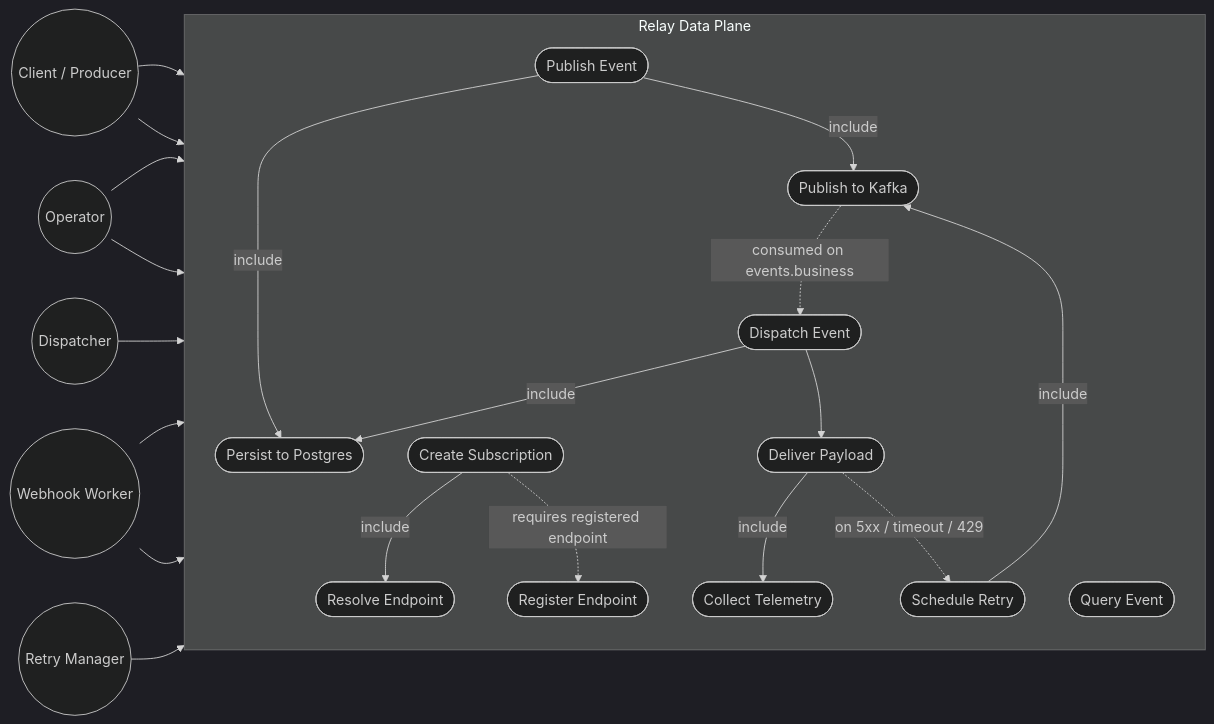
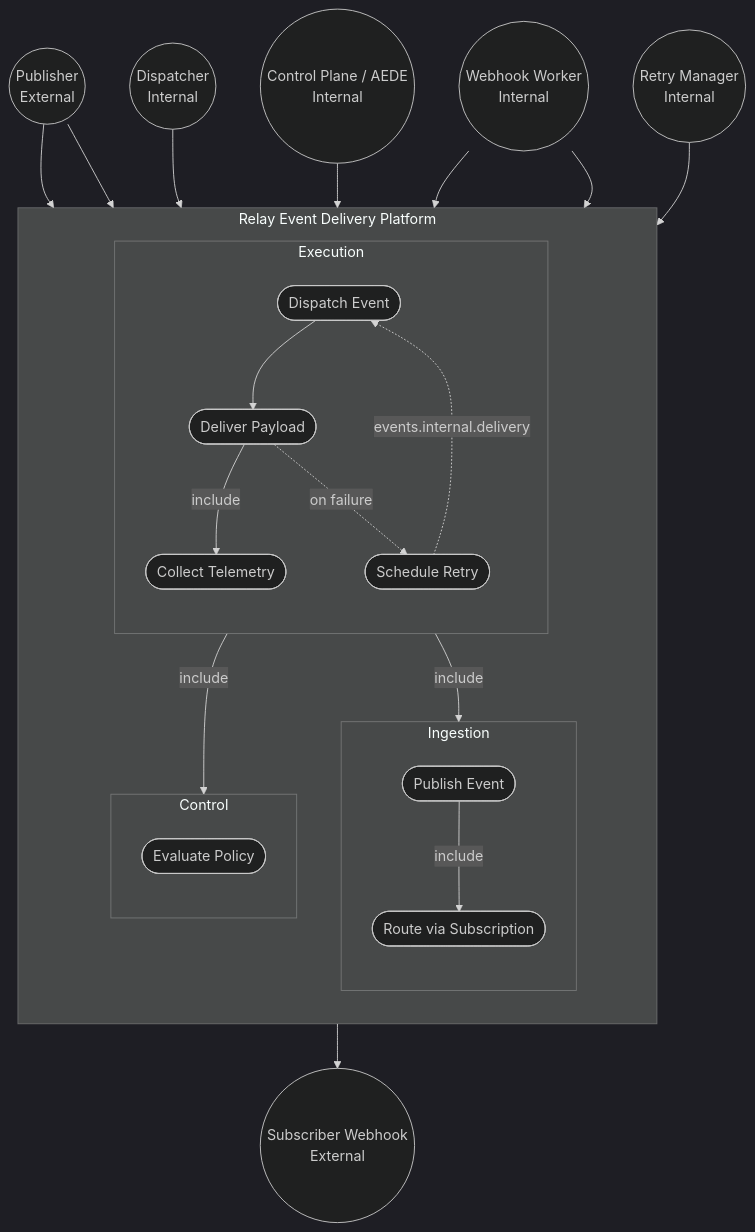
The diagram in docs/Diagrams/use-case-diagram.md (RelayForged/relayforge), drawn with Mermaid (dark theme) before and after one commit. The commit also changed other lines of this file and 3 other files, not shown here.

First line of the commit message:
docs: redesign Weeks 1-4 Data Plane UML diagrams

````diff
--- a/docs/Diagrams/use-case-diagram.md
+++ b/docs/Diagrams/use-case-diagram.md
@@ -11,43 +5,49 @@
 ```mermaid
-flowchart LR
-    Client((Client / Producer))
-    Operator((Operator))
-    Dispatcher((Dispatcher))
-    Worker((Webhook Worker))
-    RetryMgr((Retry Manager))
+flowchart TB
+    Pub((Publisher\nExternal))
+    Hook((Subscriber Webhook\nExternal))
+    AEDE((Control Plane / AEDE\nInternal))
+    Disp((Dispatcher\nInternal))
+    Work((Webhook Worker\nInternal))
+    Retry((Retry Manager\nInternal))
 
-    subgraph Relay["Relay Data Plane"]
+    subgraph Relay["Relay Event Delivery Platform"]
         direction TB
-        Publish([Publish Event])
-        Query([Query Event])
-        RegisterEP([Register Endpoint])
-        CreateSub([Create Subscription])
-        Persist([Persist to Postgres])
-        ToKafka([Publish to Kafka])
-        ResolveEP([Resolve Endpoint])
-        Dispatch([Dispatch Event])
-        Deliver([Deliver Payload])
-        CollectTel([Collect Telemetry])
-        ScheduleRetry([Schedule Retry])
+
+        subgraph Ingestion["Ingestion"]
+            direction TB
+            Publish([Publish Event])
+            Route([Route via Subscription])
+        end
+
+        subgraph Control["Control"]
+            direction TB
+            Evaluate([Evaluate Policy])
+        end
+
+        subgraph Execution["Execution"]
+            direction TB
+            Dispatch([Dispatch Event])
+            Deliver([Deliver Payload])
+            Collect([Collect Telemetry])
+            Schedule([Schedule Retry])
+        end
     end
 
-    Client --> Publish
-    Client --> Query
-    Operator --> RegisterEP
-    Operator --> CreateSub
-    Dispatcher --> Dispatch
-    Worker --> Deliver
-    Worker --> CollectTel
-    RetryMgr --> ScheduleRetry
+    Pub --> Publish
+    Pub --> Route
+    Disp --> Dispatch
+    AEDE --> Evaluate
+    Work --> Deliver
+    Work --> Collect
+    Retry --> Schedule
+    Deliver --> Hook
 
-    Publish -->|include| Persist
-    Publish -->|include| ToKafka
-    CreateSub -->|include| ResolveEP
-    CreateSub -.->|requires registered endpoint| RegisterEP
-    ToKafka -.->|consumed on events.business| Dispatch
-    Dispatch -->|include| Persist
+    Publish -->|include| Route
+    Dispatch -->|include| Route
+    Dispatch -->|include| Evaluate
     Dispatch --> Deliver
-    Deliver -->|include| CollectTel
-    Deliver -.->|on 5xx / timeout / 429| ScheduleRetry
-    ScheduleRetry -->|include| ToKafka
+    Deliver -->|include| Collect
+    Deliver -.->|on failure| Schedule
+    Schedule -.->|events.internal.delivery| Dispatch
 ```
````
